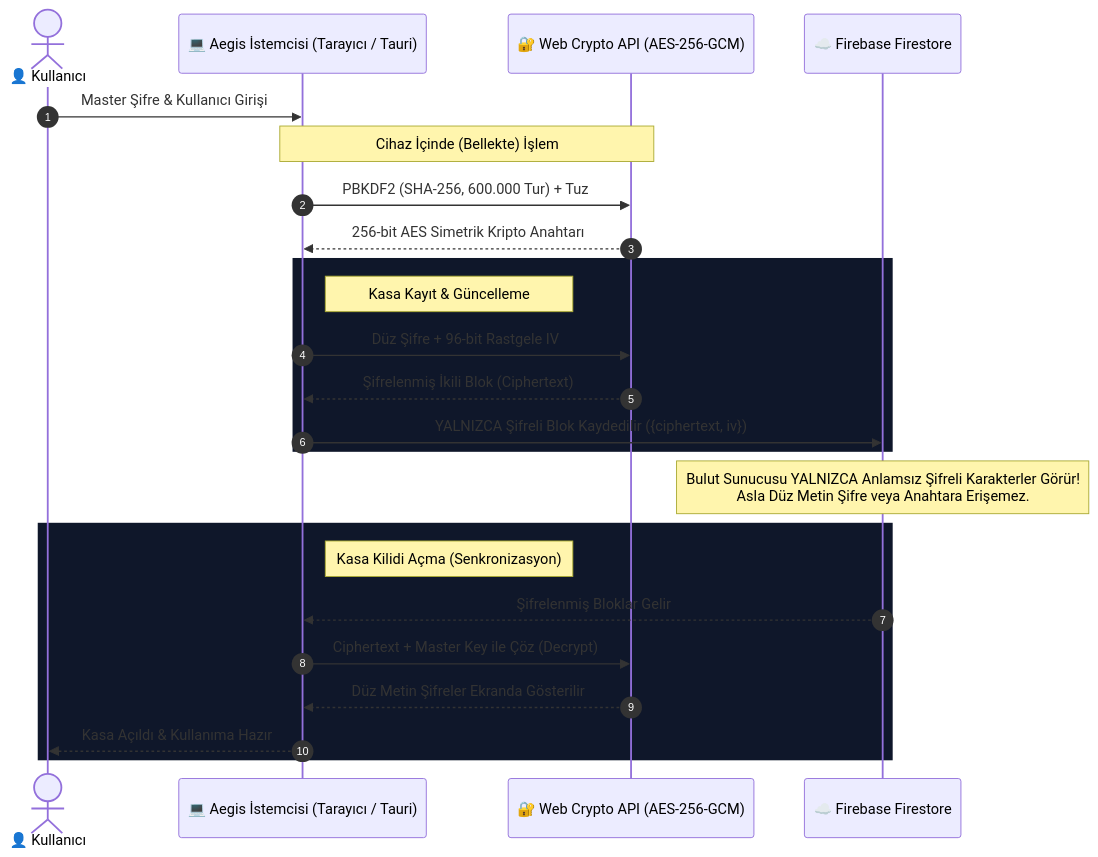
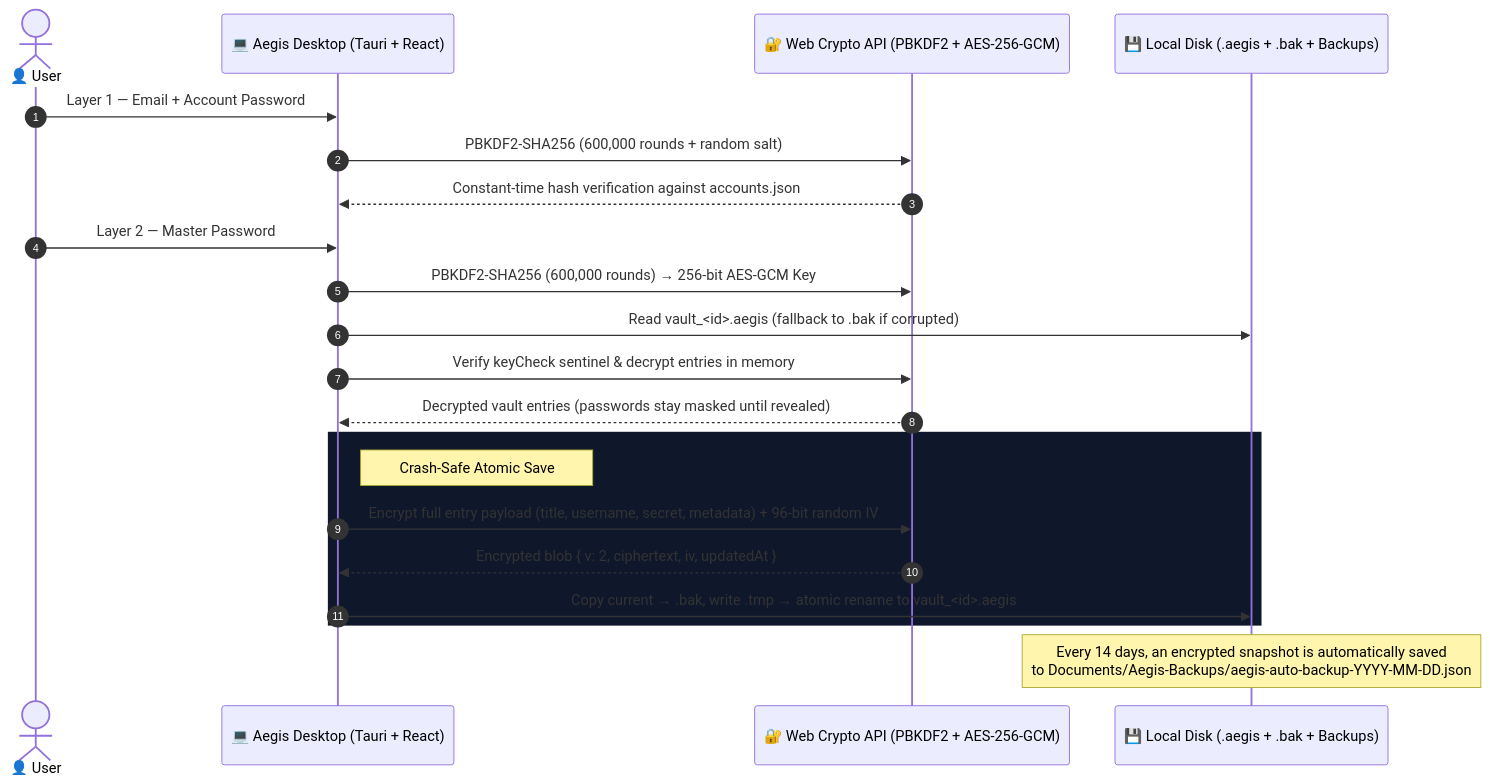
One commit to DrXendria/Aegis changed the diagram in README.md. Above: the diagram before and after it, drawn with Mermaid. The commit also changed other lines of this file and 15 other files, not shown here.

Commit message:
completely switched to local architecture

````diff
--- a/README.md
+++ b/README.md
@@ -57,30 +62,27 @@
 ```mermaid
 sequenceDiagram
     autonumber
-    actor User as 👤 Kullanıcı
-    participant Client as 💻 Aegis İstemcisi (Tarayıcı / Tauri)
-    participant Crypto as 🔐 Web Crypto API (AES-256-GCM)
-    participant Cloud as ☁️ Firebase Firestore
+    actor User as 👤 User
+    participant App as 💻 Aegis Desktop (Tauri + React)
+    participant Crypto as 🔐 Web Crypto API (PBKDF2 + AES-256-GCM)
+    participant Disk as 💾 Local Disk (.aegis + .bak + Backups)
 
-    User->>Client: Master Şifre & Kullanıcı Girişi
-    Note over Client,Crypto: Cihaz İçinde (Bellekte) İşlem
-    Client->>Crypto: PBKDF2 (SHA-256, 600.000 Tur) + Tuz
-    Crypto-->>Client: 256-bit AES Simetrik Kripto Anahtarı
-    
+    User->>App: Layer 1 — Email + Account Password
+    App->>Crypto: PBKDF2-SHA256 (600,000 rounds + random salt)
+    Crypto-->>App: Constant-time hash verification against accounts.json
+
+    User->>App: Layer 2 — Master Password
+    App->>Crypto: PBKDF2-SHA256 (600,000 rounds) → 256-bit AES-GCM Key
+    App->>Disk: Read vault_<id>.aegis (fallback to .bak if corrupted)
+    App->>Crypto: Verify keyCheck sentinel & decrypt entries in memory
+    Crypto-->>App: Decrypted vault entries (passwords stay masked until revealed)
+
     rect rgb(15, 23, 42)
-        Note right of Client: Kasa Kayıt & Güncelleme
-        Client->>Crypto: Düz Şifre + 96-bit Rastgele IV
-        Crypto-->>Client: Şifrelenmiş İkili Blok (Ciphertext)
-        Client->>Cloud: YALNIZCA Şifreli Blok Kaydedilir ({ciphertext, iv})
+        Note right of App: Crash-Safe Atomic Save
+        App->>Crypto: Encrypt full entry payload (title, username, secret, metadata) + 96-bit random IV
+        Crypto-->>App: Encrypted blob { v: 2, ciphertext, iv, updatedAt }
+        App->>Disk: Copy current → .bak, write .tmp → atomic rename to vault_<id>.aegis
     end
 
-    Note over Cloud: Bulut Sunucusu YALNIZCA Anlamsız Şifreli Karakterler Görür!<br/>Asla Düz Metin Şifre veya Anahtara Erişemez.
-
-    rect rgb(15, 23, 42)
-        Note right of Client: Kasa Kilidi Açma (Senkronizasyon)
-        Cloud-->>Client: Şifrelenmiş Bloklar Gelir
-        Client->>Crypto: Ciphertext + Master Key ile Çöz (Decrypt)
-        Crypto-->>Client: Düz Metin Şifreler Ekranda Gösterilir
-        Client-->>User: Kasa Açıldı & Kullanıma Hazır
-    end
+    Note over Disk: Every 14 days, an encrypted snapshot is automatically saved<br/>to Documents/Aegis-Backups/aegis-auto-backup-YYYY-MM-DD.json
 ```
````
